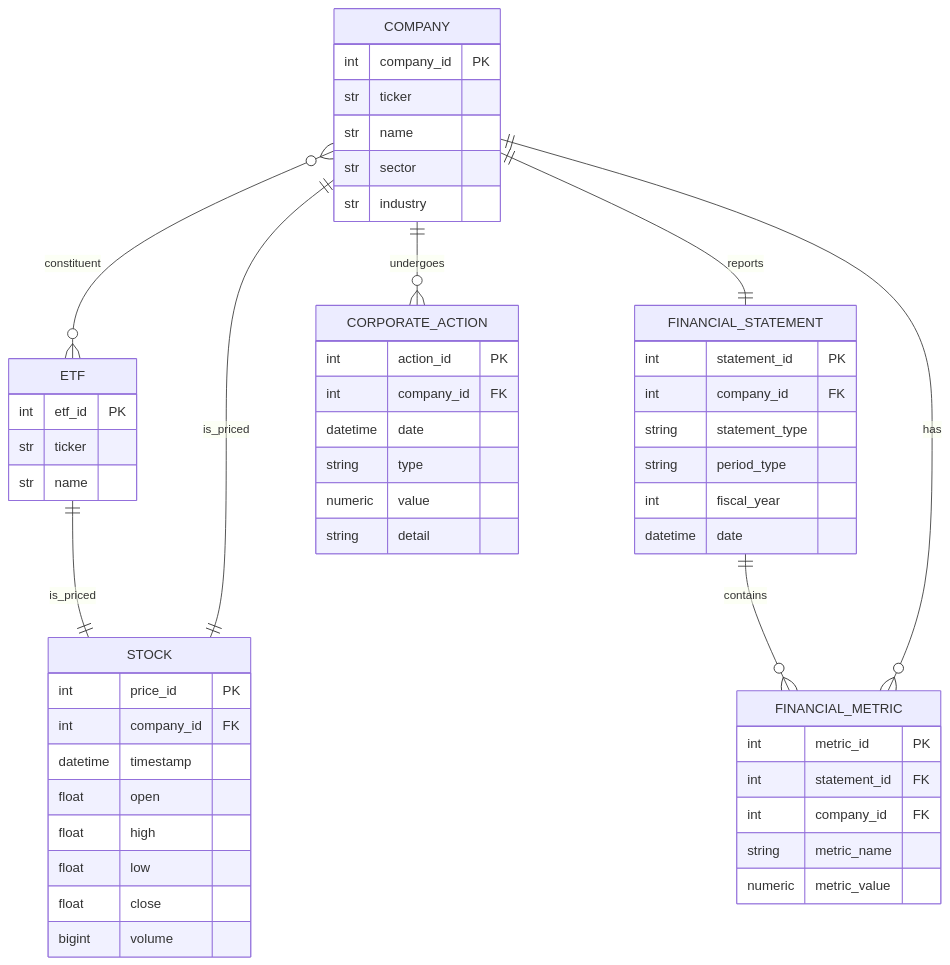
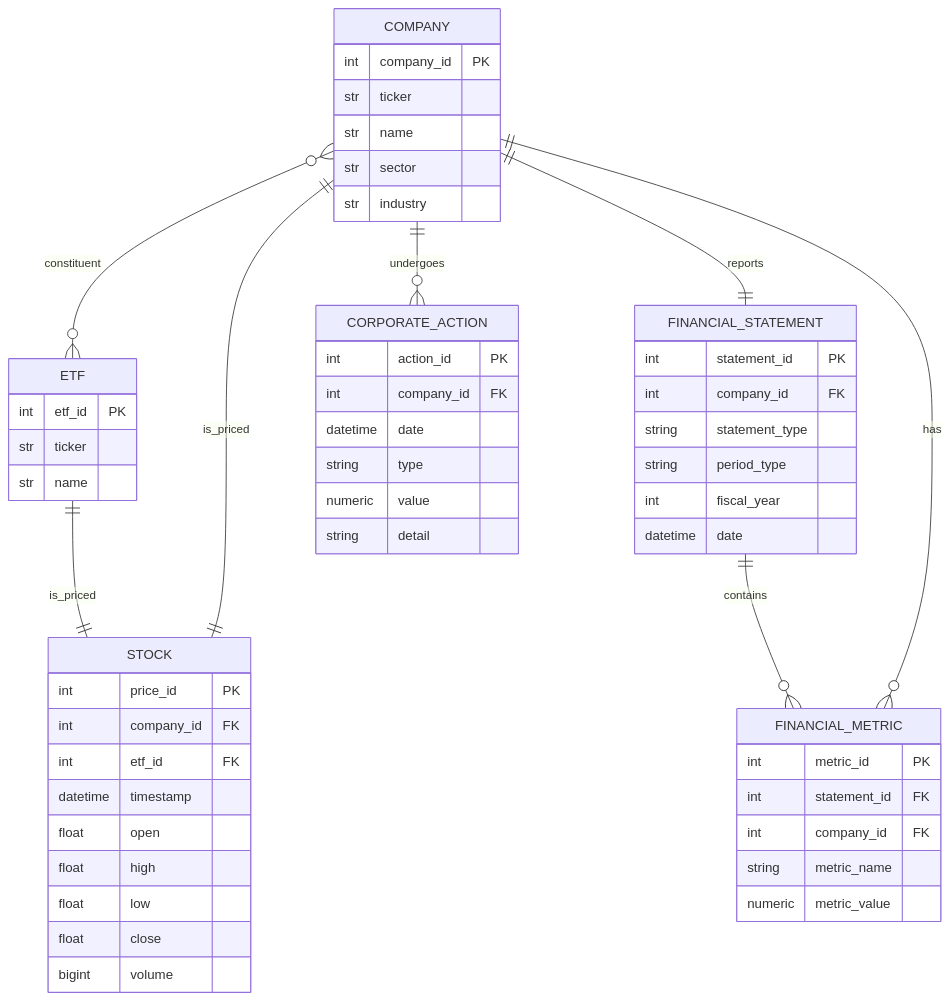
Before and after one commit to Quant-Club-UVIC/PAT-Analytics: the diagram in documentation/database/ER_Diagram.md, drawn with Mermaid. The commit also changed other lines of this file, not shown here.

````diff
--- a/documentation/database/ER_Diagram.md
+++ b/documentation/database/ER_Diagram.md
@@ -3,56 +3,57 @@
 ```mermaid
 erDiagram
     COMPANY {
         int company_id PK
         str ticker
         str name
         str sector
         str industry
     }
     ETF {
         int etf_id PK
         str ticker
         str name 
 
     }
     STOCK {
         int price_id PK
         int company_id FK
+        int etf_id FK
         datetime timestamp
         float open
         float high 
         float low
         float close
         bigint volume
     }
     FINANCIAL_STATEMENT{
         int statement_id PK
         int company_id FK
         string statement_type   
         string period_type   
         int fiscal_year  
         datetime date
     }
     FINANCIAL_METRIC{
         int metric_id PK
         int statement_id FK
         int company_id FK
         string metric_name
         numeric metric_value
     }
     CORPORATE_ACTION{
         int action_id PK
         int company_id FK
         datetime date
         string type 
         numeric value
         string detail
     }
     COMPANY}o--o{ETF : constituent   
     ETF||--||STOCK : is_priced
     COMPANY||--||STOCK : is_priced
     COMPANY||--||FINANCIAL_STATEMENT : reports
     FINANCIAL_STATEMENT||--o{ FINANCIAL_METRIC : contains
     COMPANY||--o{CORPORATE_ACTION : undergoes
     COMPANY||--o{FINANCIAL_METRIC : has 
 ```
````
